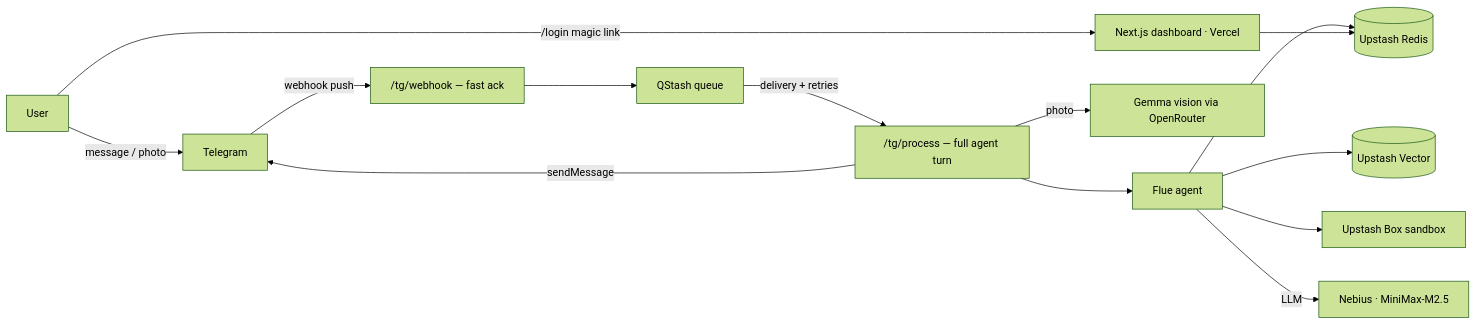
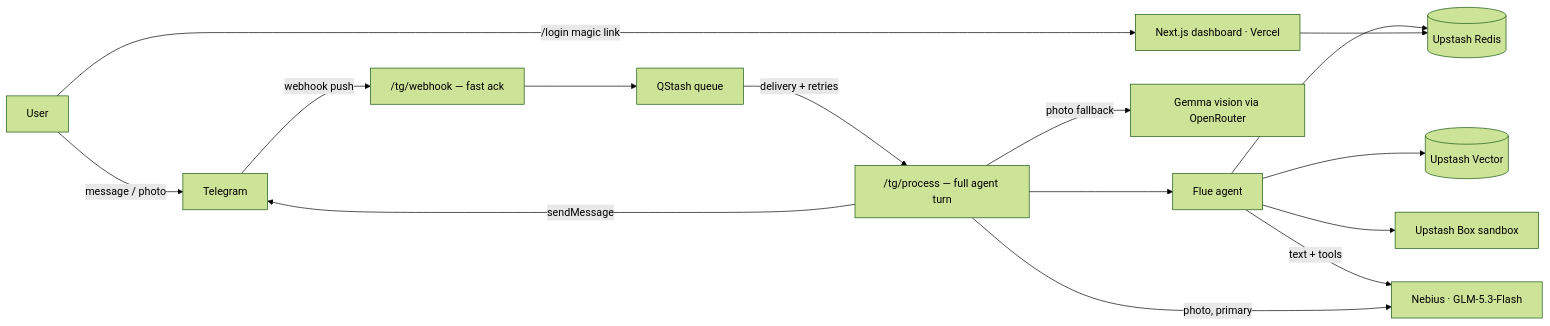
Before and after one commit to kerandia/calorie-track-agent-harness: the diagram in README.md, drawn with Mermaid (forest theme). The commit also changed other lines of this file and 4 other files, not shown here.

Commit message:
Use GLM-5.3-Flash with vision fallback

````diff
--- a/README.md
+++ b/README.md
@@ -20,16 +20,17 @@
 ```mermaid
 graph LR
   U[User] -->|message / photo| TG[Telegram]
   TG -->|webhook push| W["/tg/webhook — fast ack"]
   W --> Q[QStash queue]
   Q -->|delivery + retries| P["/tg/process — full agent turn"]
   P --> F[Flue agent]
   F --> R[(Upstash Redis)]
   F --> V[(Upstash Vector)]
   F --> B[Upstash Box sandbox]
-  F -->|LLM| N[Nebius · MiniMax-M2.5]
-  P -->|photo| G[Gemma vision via OpenRouter]
+  F -->|text + tools| N[Nebius · GLM-5.3-Flash]
+  P -->|photo, primary| N
+  P -->|photo fallback| G[Gemma vision via OpenRouter]
   P -->|sendMessage| TG
   D[Next.js dashboard · Vercel] --> R
   U -->|/login magic link| D
 ```
````
